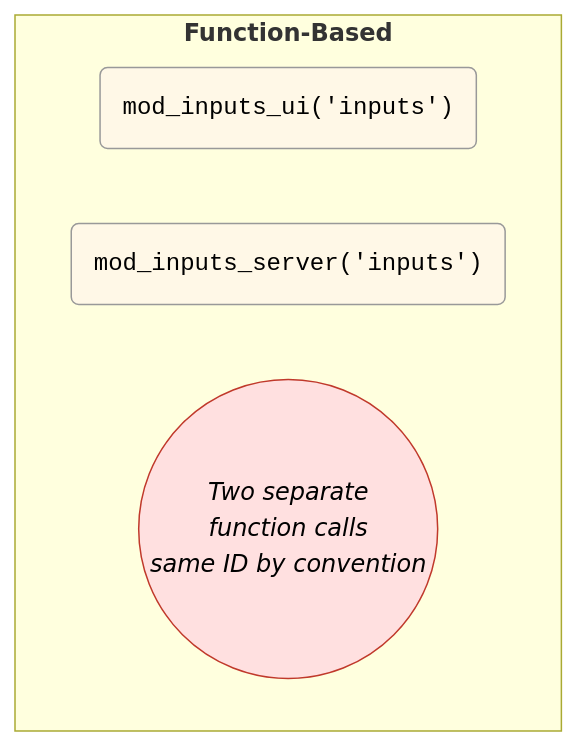
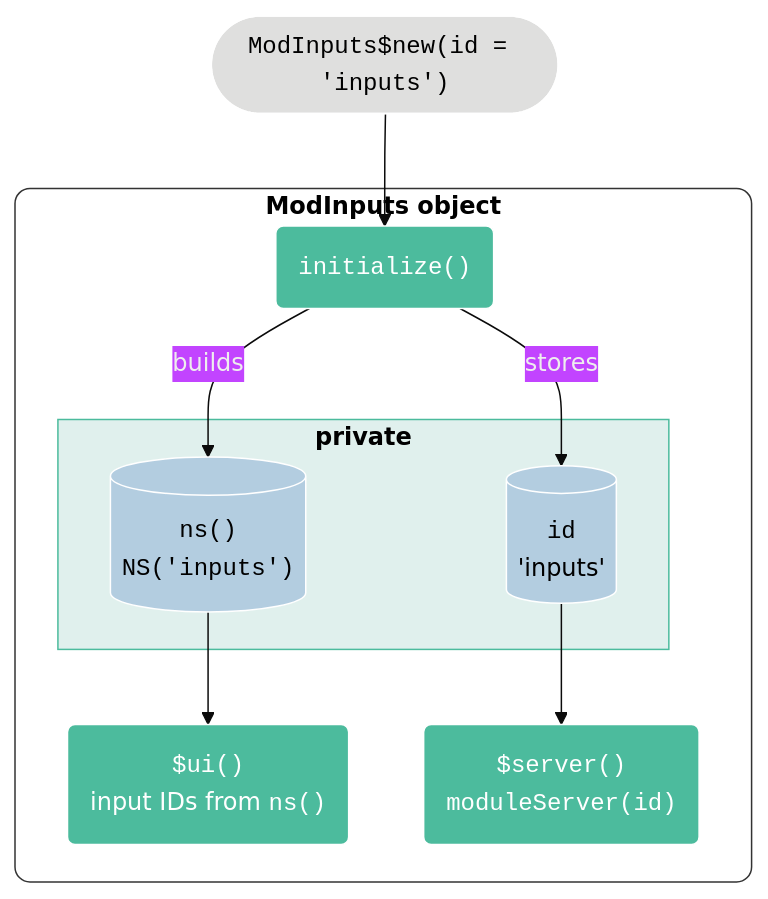
One commit to mjfrigaard/mjfrigaard.github.io changed the second of 14 diagrams in posts/shiny-r6/index.qmd. Above: the diagram before and after it, drawn with Mermaid. The commit also changed other lines of this file and 17 other files, not shown here.

````diff
--- a/posts/shiny-r6/index.qmd
+++ b/posts/shiny-r6/index.qmd
@@ -343,20 +139,34 @@
 ```{mermaid}
 %%| eval: true
+%%| echo: false
 %%| fig-align: 'center'
-%%| fig-caption: 'Function-Based Pattern (No Encapsulation)'
-%%| echo: false
-%%{init: {'theme': 'base', 'themeVariables': { 'fontFamily': 'monospace', "darkMode":true}}}}%%
+%%| fig-cap: 'An R6 module in stocktipr6'
+%%{init: {'theme': 'base', 'themeVariables': { 'fontFamily': 'monospace', "darkMode":true}}}%%
 
 flowchart TD
-    subgraph FuncBased["<strong>Function-Based</strong>"]
-        direction LR
-        UICall("mod_inputs_ui('inputs')")
-        ServerCall("mod_inputs_server('inputs')")
-        Separate(("<em>Two separate<br/>function calls<br/>same ID by convention</em>"))
+    New(["<code>ModInputs$new(id = 'inputs')</code>"])
+    subgraph Mod["<strong>ModInputs object</strong>"]
+        Init("<code>initialize()</code>")
+        subgraph Private["<strong>private</strong>"]
+            Id[("<code>id</code><br/>'inputs'")]
+            Ns[("<code>ns()</code><br/><code>NS('inputs')</code>")]
+        end
+        UI("<code>$ui()</code><br/>input IDs from <code>ns()</code>")
+        Server("<code>$server()</code><br/><code>moduleServer(id)</code>")
     end
 
-    style UICall fill:#FFF8E7,color:#000000,stroke:#999,font-family:monospace
-    style ServerCall fill:#FFF8E7,color:#000000,stroke:#999,font-family:monospace
-    style Separate fill:#FFE0E0,color:#000000,stroke:#c0392b
+    New --> Init
+    Init -->|"stores"| Id
+    Init -->|"builds"| Ns
+    Ns --> UI
+    Id --> Server
 
+    style New fill:#dfdfde,color:#000000
+    style Init fill:#4CBB9D,color:#FFFFFF,rx:5,ry:5
+    style UI fill:#4CBB9D,color:#FFFFFF,rx:5,ry:5
+    style Server fill:#4CBB9D,color:#FFFFFF,rx:5,ry:5
+    style Id fill:#b3cde0,color:#000000
+    style Ns fill:#b3cde0,color:#000000
+    style Mod fill:#FFFFFF,color:#000000,stroke:#333,stroke-width:1px,rx:10,ry:10
+    style Private fill:#E0F0ED,color:#000000,stroke:#4CBB9D
 ```
````
